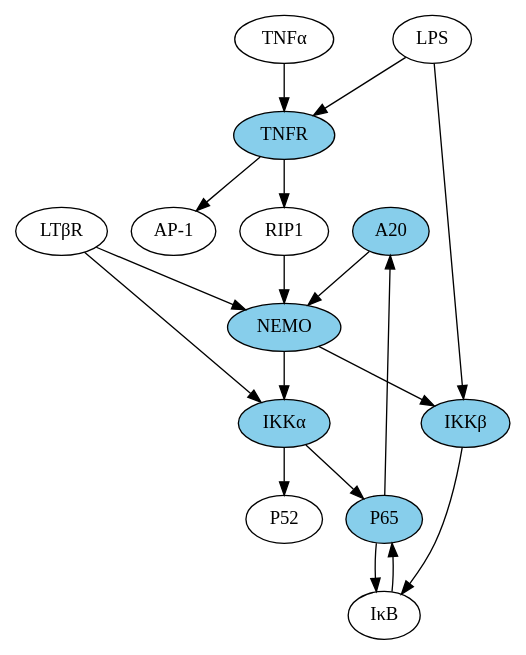
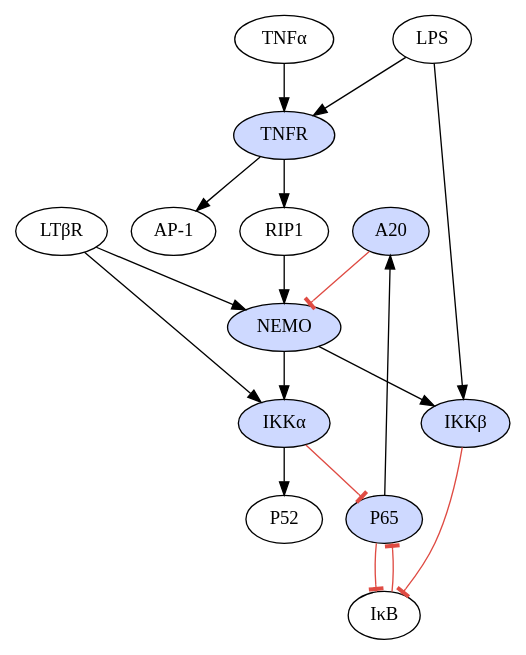
Before and after one commit to binarybana/grn-pathways: the diagram in paper/out3.dot, drawn with Graphviz. The commit also changed 19 other files, not shown here.

```diff
--- a/paper/out3.dot
+++ b/paper/out3.dot
@@ -1,35 +1,35 @@
 digraph fgl {
 	margin = "0"
 	rotate = "0"
 	ratio = "fill"
-	1 [label = "A20",style="filled",fillcolor="skyblue"]
+	1 [label = "A20",style="filled",fillcolor="#CED9FF"]
 	2 [label = "AP-1"]
 	3 [label = "IκB"]
-	4 [label = "IKKα",style="filled",fillcolor="skyblue"]
-	5 [label = "IKKβ",style="filled",fillcolor="skyblue"]
+	4 [label = "IKKα",style="filled",fillcolor="#CED9FF"]
+	5 [label = "IKKβ",style="filled",fillcolor="#CED9FF"]
 	6 [label = "LPS"]
 	7 [label = "LTβR"]
-	8 [label = "NEMO",style="filled",fillcolor="skyblue"]
+	8 [label = "NEMO",style="filled",fillcolor="#CED9FF"]
 	9 [label = "P52"]
-	10 [label = "P65",style="filled",fillcolor="skyblue"]
+	10 [label = "P65",style="filled",fillcolor="#CED9FF"]
 	11 [label = "RIP1"]
 	12 [label = "TNFα"]
-	13 [label = "TNFR",style="filled",fillcolor="skyblue"]
-	1 -> 8 [label = ""]
-	3 -> 10
-	4 -> 10 [label = ""]
+	13 [label = "TNFR",style="filled",fillcolor="#CED9FF"]
+	1 -> 8 [arrowhead="tee",color="#DF4B43"]
+	3 -> 10 [arrowhead="tee",color="#DF4B43"]
+	4 -> 10 [arrowhead="tee",color="#DF4B43"]
 	4 -> 9 [label = ""]
-	5 -> 3 [label = ""]
+	5 -> 3 [arrowhead="tee",color="#DF4B43"]
 	6 -> 5 [label = ""]
 	6 -> 13 [label = ""]
 	7 -> 8 [label = ""]
 	7 -> 4 [label = ""]
 	8 -> 5 [label = ""]
 	8 -> 4 [label = ""]
-	10 -> 3 [label = ""]
+	10 -> 3 [arrowhead="tee",color="#DF4B43"]
 	10 -> 1 [label = ""]
 	11 -> 8 [label = ""]
 	12 -> 13 [label = ""]
 	13 -> 2 [label = ""]
 	13 -> 11 [label = ""]
 }
```
